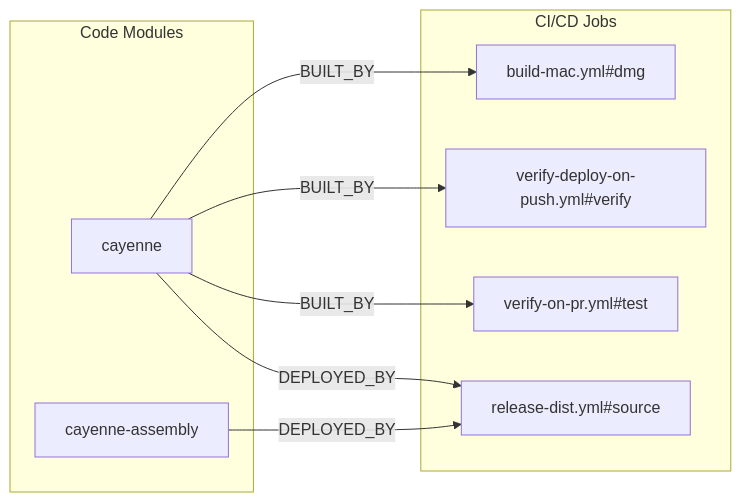
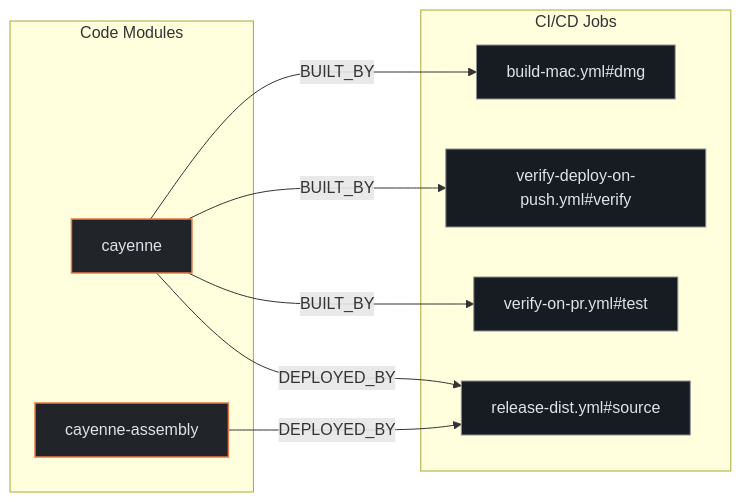
The second of 3 diagrams in exports/latest/reports/apache-cayenne-report.md (kumarshaz/atruss-code-atlas), drawn with Mermaid before and after one commit. The commit also changed other lines of this file and 331 other files, not shown here.

Commit message:
docs,ui,fix: update SDLC docs, reorder CI/CD DAG first, stylize Mermaid, and fix Arc42 pipeline topology

````diff
--- a/exports/latest/reports/apache-cayenne-report.md
+++ b/exports/latest/reports/apache-cayenne-report.md
@@ -184,18 +191,22 @@
 ```mermaid
 flowchart LR
+    classDef atlasCategory fill:#212428,stroke:#E87A48,stroke-width:1.5px,color:#dfe3eb
+    classDef atlasWorkflow fill:#1b2026,stroke:#a3c9ff,stroke-width:1.5px,color:#dfe3eb
+    classDef atlasJob fill:#171c22,stroke:#8d9199,stroke-width:1px,color:#dfe3eb
+    classDef atlasTarget fill:#005227,stroke:#8bd99b,stroke-width:1.5px,color:#a7f6b6
     subgraph code_modules["Code Modules"]
-        mod_cayenne["cayenne"]
-        mod_cayenne_assembly["cayenne-assembly"]
+        mod_cayenne["cayenne"]:::atlasCategory
+        mod_cayenne_assembly["cayenne-assembly"]:::atlasCategory
     end
     subgraph ci_jobs["CI/CD Jobs"]
-        job_build_mac_yml_dmg["build-mac.yml#dmg"]
-        job_release_dist_yml_source["release-dist.yml#source"]
-        job_verify_deploy_on_push_yml_verify["verify-deploy-on-push.yml#verify"]
-        job_verify_on_pr_yml_test["verify-on-pr.yml#test"]
+        job_build_mac_yml_dmg["build-mac.yml#dmg"]:::atlasJob
+        job_release_dist_yml_source["release-dist.yml#source"]:::atlasJob
+        job_verify_deploy_on_push_yml_verify["verify-deploy-on-push.yml#verify"]:::atlasJob
+        job_verify_on_pr_yml_test["verify-on-pr.yml#test"]:::atlasJob
     end
     mod_cayenne -->|BUILT_BY| job_build_mac_yml_dmg
     mod_cayenne -->|BUILT_BY| job_verify_deploy_on_push_yml_verify
     mod_cayenne -->|BUILT_BY| job_verify_on_pr_yml_test
     mod_cayenne -->|DEPLOYED_BY| job_release_dist_yml_source
     mod_cayenne_assembly -->|DEPLOYED_BY| job_release_dist_yml_source
 ```
````
